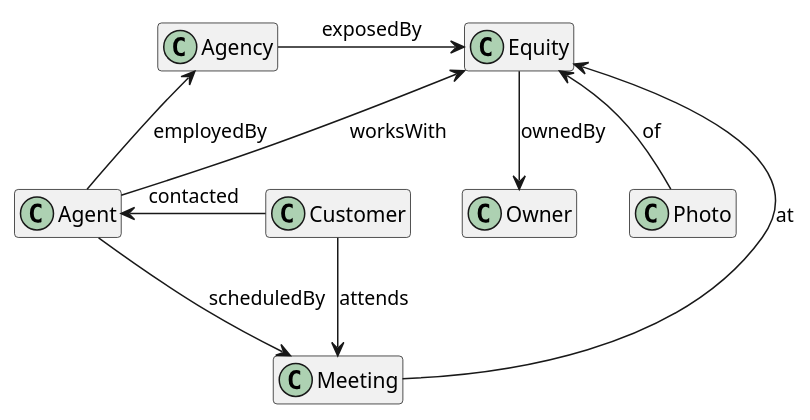
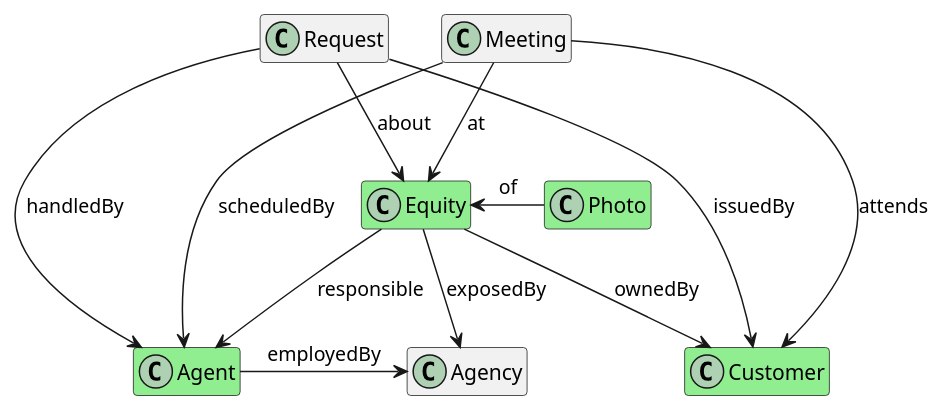
The diagram in meet.puml (vantonov1/meet), drawn with PlantUML before and after one commit. The commit also changed 23 other files, not shown here.

Commit message:
Agent && Customer

```diff
--- a/meet.puml
+++ b/meet.puml
@@ -1,15 +1,24 @@
 @startuml
+
 hide members
-class Equity
+class Equity #lightgreen
+class Photo #lightgreen
+class Agent #lightgreen
+class Customer #lightgreen
 
-Equity --> Owner : ownedBy
-Equity <-- Photo: of
-Agency -> Equity : exposedBy
-Equity <-- Agent : worksWith
+Equity <- Photo: of
+Equity --> Customer : ownedBy
+Equity --> Agency  : exposedBy
+Equity --> Agent : responsible
+
 Agent -> Agency : employedBy
-Agent --> Meeting : scheduledBy
-Customer --> Meeting : attends
+
+Meeting --> Agent : scheduledBy
+Meeting --> Customer : attends
 Meeting --> Equity : at
-Agent <- Customer : contacted
+
+Request --> Agent : handledBy
+Request --> Customer : issuedBy
+Request --> Equity : about
 
 @enduml
```
